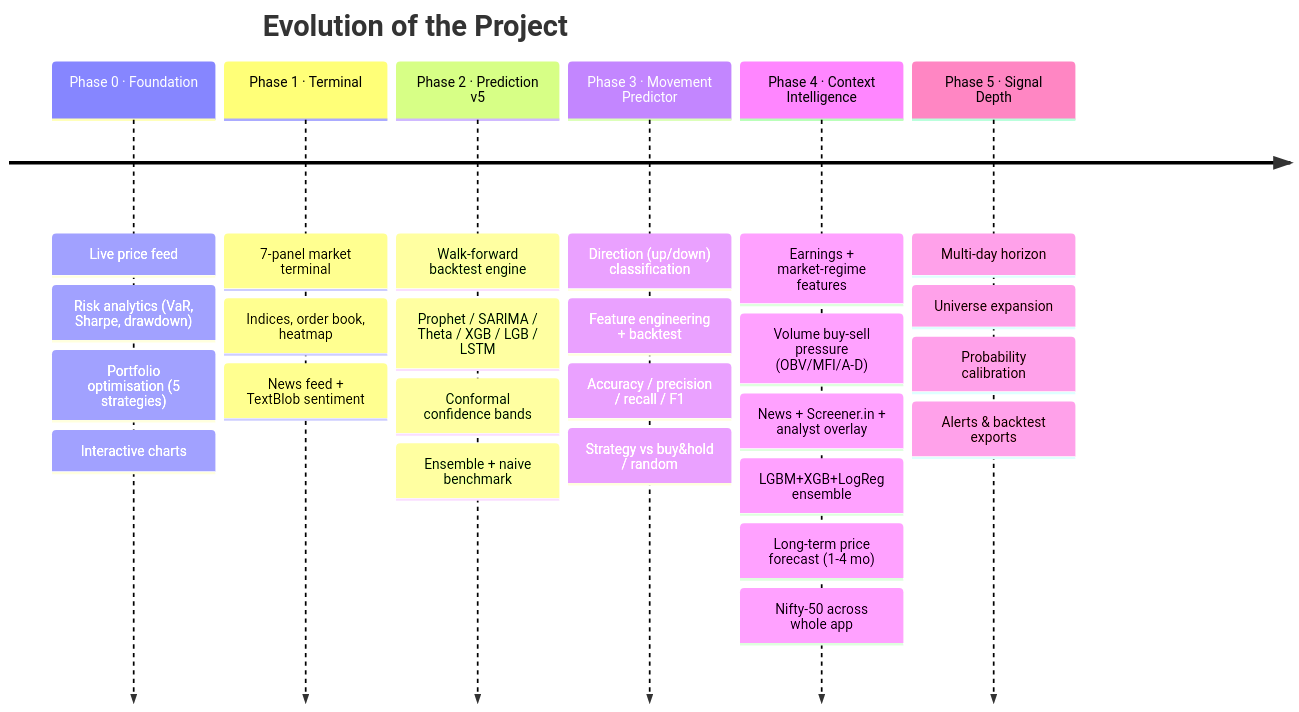
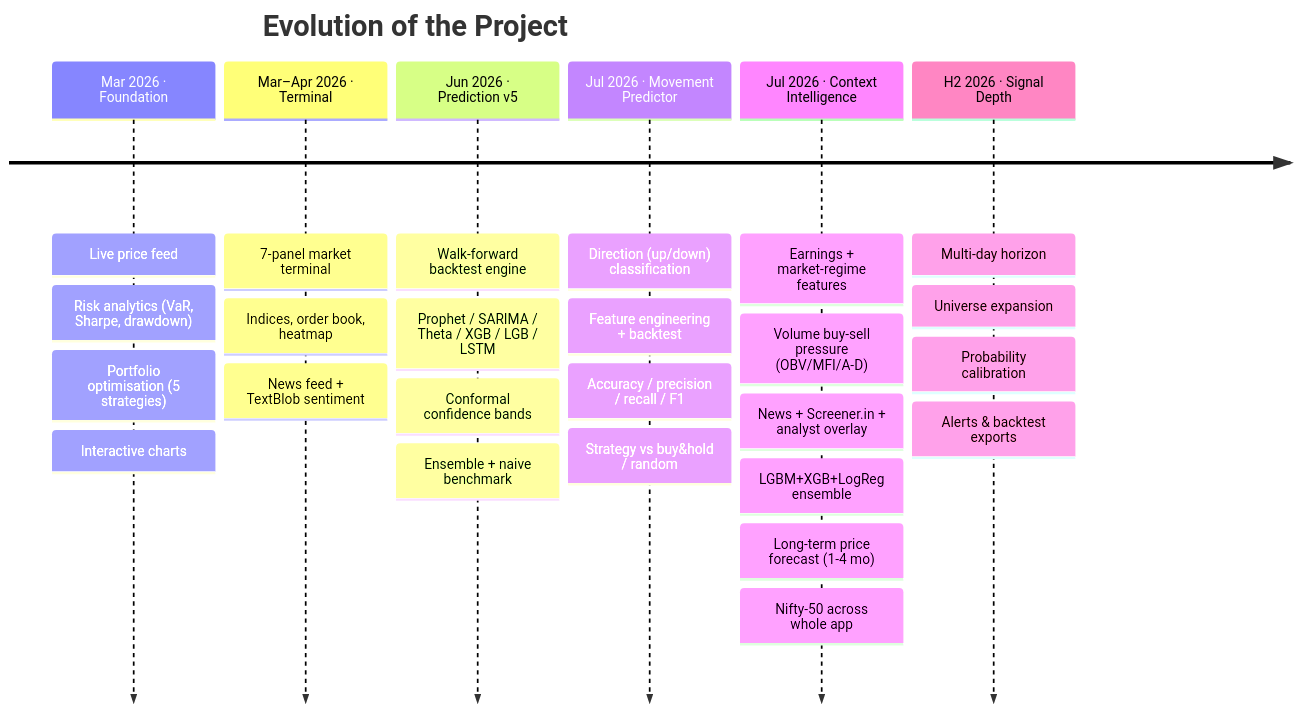
The second of 5 diagrams in ROADMAP.md (BishalGhosh18/Portfolio_Optimizer_Terminal), drawn with Mermaid before and after one commit. The commit also changed other lines of this file and 2 other files, not shown here.

````diff
--- a/ROADMAP.md
+++ b/ROADMAP.md
@@ -43,10 +43,10 @@
 ```mermaid
 timeline
     title Evolution of the Project
-    Phase 0 · Foundation : Live price feed : Risk analytics (VaR, Sharpe, drawdown) : Portfolio optimisation (5 strategies) : Interactive charts
-    Phase 1 · Terminal : 7-panel market terminal : Indices, order book, heatmap : News feed + TextBlob sentiment
-    Phase 2 · Prediction v5 : Walk-forward backtest engine : Prophet / SARIMA / Theta / XGB / LGB / LSTM : Conformal confidence bands : Ensemble + naive benchmark
-    Phase 3 · Movement Predictor : Direction (up/down) classification : Feature engineering + backtest : Accuracy / precision / recall / F1 : Strategy vs buy&hold / random
-    Phase 4 · Context Intelligence : Earnings + market-regime features : Volume buy-sell pressure (OBV/MFI/A-D) : News + Screener.in + analyst overlay : LGBM+XGB+LogReg ensemble : Long-term price forecast (1-4 mo) : Nifty-50 across whole app
-    Phase 5 · Signal Depth : Multi-day horizon : Universe expansion : Probability calibration : Alerts & backtest exports
+    Mar 2026 · Foundation : Live price feed : Risk analytics (VaR, Sharpe, drawdown) : Portfolio optimisation (5 strategies) : Interactive charts
+    Mar–Apr 2026 · Terminal : 7-panel market terminal : Indices, order book, heatmap : News feed + TextBlob sentiment
+    Jun 2026 · Prediction v5 : Walk-forward backtest engine : Prophet / SARIMA / Theta / XGB / LGB / LSTM : Conformal confidence bands : Ensemble + naive benchmark
+    Jul 2026 · Movement Predictor : Direction (up/down) classification : Feature engineering + backtest : Accuracy / precision / recall / F1 : Strategy vs buy&hold / random
+    Jul 2026 · Context Intelligence : Earnings + market-regime features : Volume buy-sell pressure (OBV/MFI/A-D) : News + Screener.in + analyst overlay : LGBM+XGB+LogReg ensemble : Long-term price forecast (1-4 mo) : Nifty-50 across whole app
+    H2 2026 · Signal Depth : Multi-day horizon : Universe expansion : Probability calibration : Alerts & backtest exports
 ```
````
